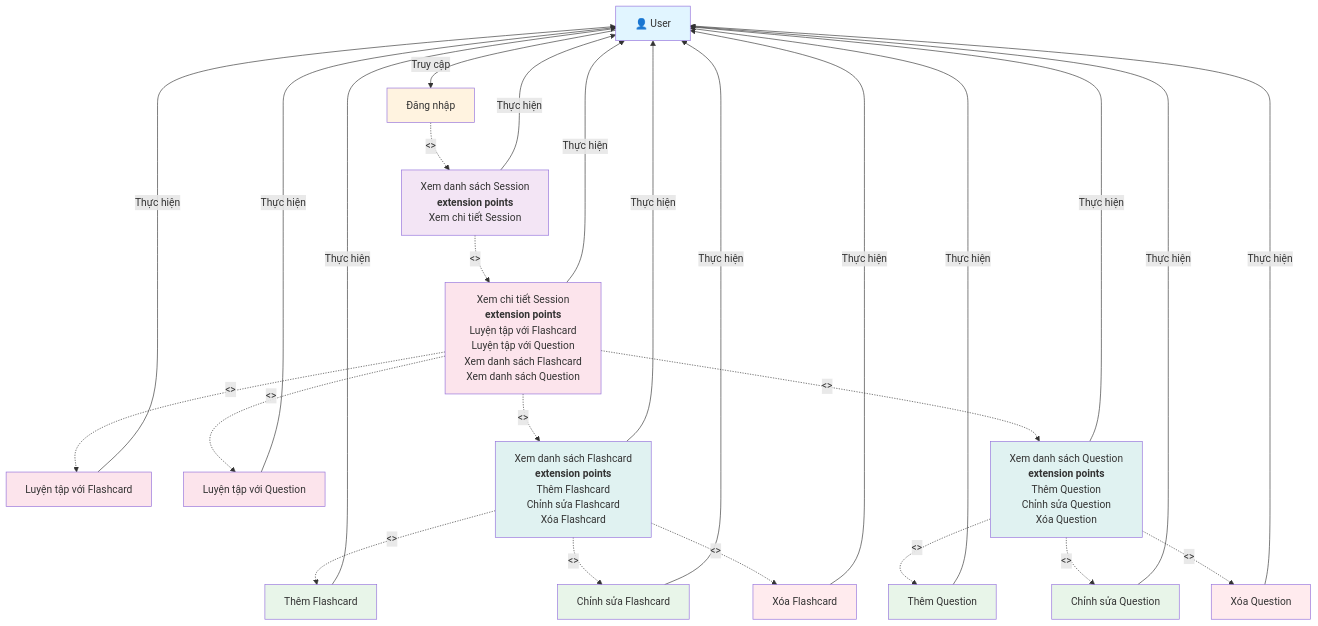
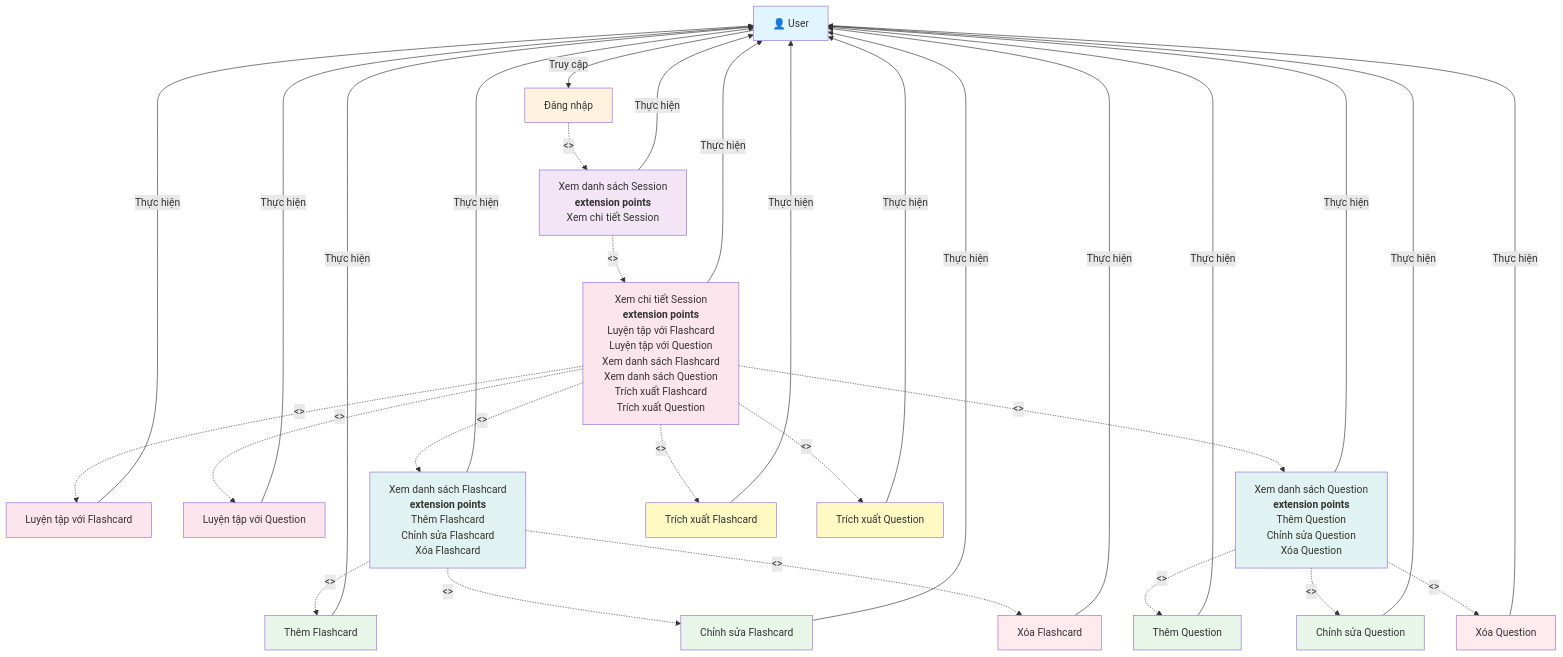
The diagram in question/1_question_management_usecase.md (mduc-2610/gp_doc), drawn with Mermaid before and after one commit. The commit also changed other lines of this file and 54 other files, not shown here.

```diff
--- a/question/1_question_management_usecase.md
+++ b/question/1_question_management_usecase.md
@@ -7,13 +7,16 @@
     
     Login["Đăng nhập"]
     ListSessions["Xem danh sách Session<br/><b>extension points</b><br/>Xem chi tiết Session"]
-    ViewSessionDetail["Xem chi tiết Session<br/><b>extension points</b><br/>Luyện tập với Flashcard<br/>Luyện tập với Question<br/>Xem danh sách Flashcard<br/>Xem danh sách Question"]
+    ViewSessionDetail["Xem chi tiết Session<br/><b>extension points</b><br/>Luyện tập với Flashcard<br/>Luyện tập với Question<br/>Xem danh sách Flashcard<br/>Xem danh sách Question<br/>Trích xuất Flashcard<br/>Trích xuất Question"]
     
     PracticeFlashcard["Luyện tập với Flashcard"]
     PracticeQuestion["Luyện tập với Question"]
     
     ViewFlashcardList["Xem danh sách Flashcard<br/><b>extension points</b><br/>Thêm Flashcard<br/>Chỉnh sửa Flashcard<br/>Xóa Flashcard"]
     ViewQuestionList["Xem danh sách Question<br/><b>extension points</b><br/>Thêm Question<br/>Chỉnh sửa Question<br/>Xóa Question"]
+    
+    ExportFlashcard["Trích xuất Flashcard"]
+    ExportQuestion["Trích xuất Question"]
     
     CreateFlashcard["Thêm Flashcard"]
     EditFlashcard["Chỉnh sửa Flashcard"]
@@ -35,6 +38,12 @@
     
     ViewSessionDetail -.->|<<Extend>>| PracticeQuestion
     PracticeQuestion -->|Thực hiện| Actor
+    
+    ViewSessionDetail -.->|<<Extend>>| ExportFlashcard
+    ExportFlashcard -->|Thực hiện| Actor
+    
+    ViewSessionDetail -.->|<<Extend>>| ExportQuestion
+    ExportQuestion -->|Thực hiện| Actor
     
     ViewSessionDetail -.->|<<Extend>>| ViewFlashcardList
     ViewFlashcardList -->|Thực hiện| Actor
@@ -66,6 +75,8 @@
     style ViewSessionDetail fill:#fce4ec
     style PracticeFlashcard fill:#fce4ec
     style PracticeQuestion fill:#fce4ec
+    style ExportFlashcard fill:#fff9c4
+    style ExportQuestion fill:#fff9c4
     style ViewFlashcardList fill:#e0f2f1
     style ViewQuestionList fill:#e0f2f1
     style CreateFlashcard fill:#e8f5e9
```
